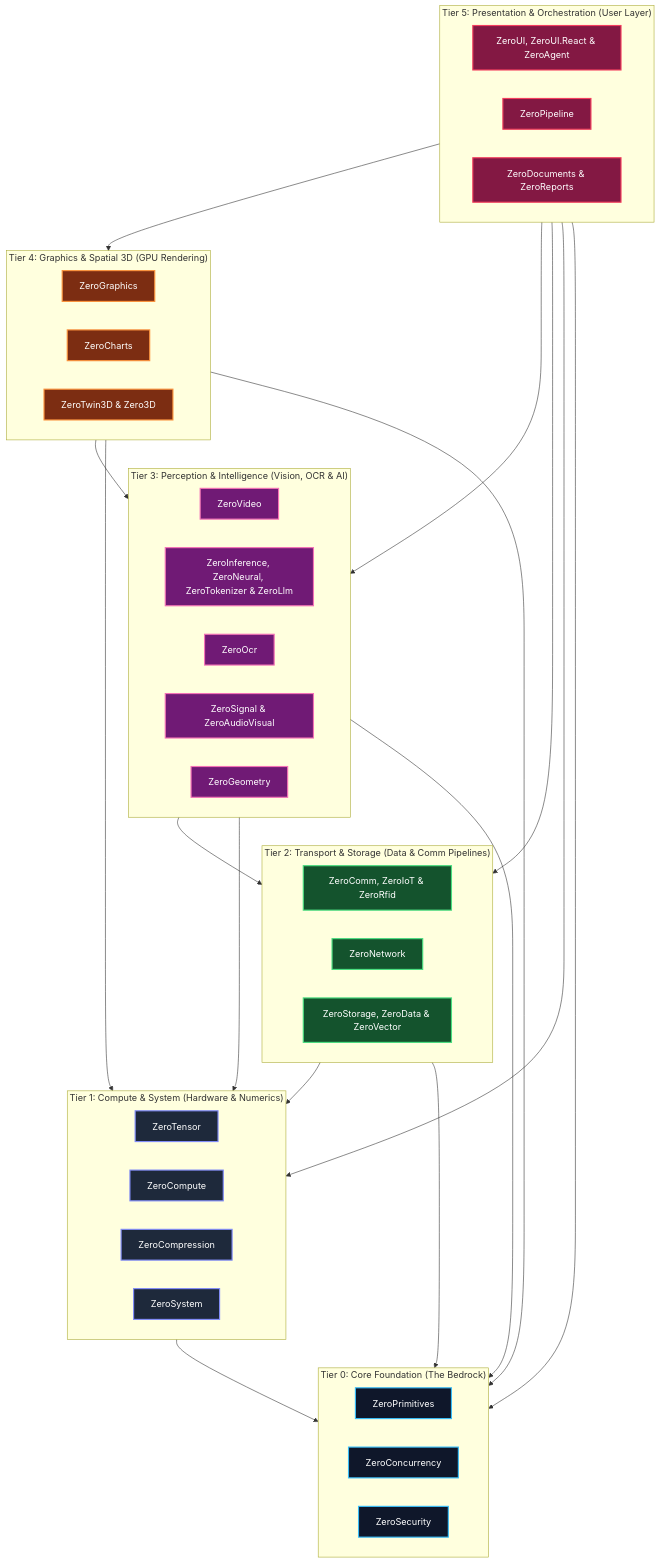
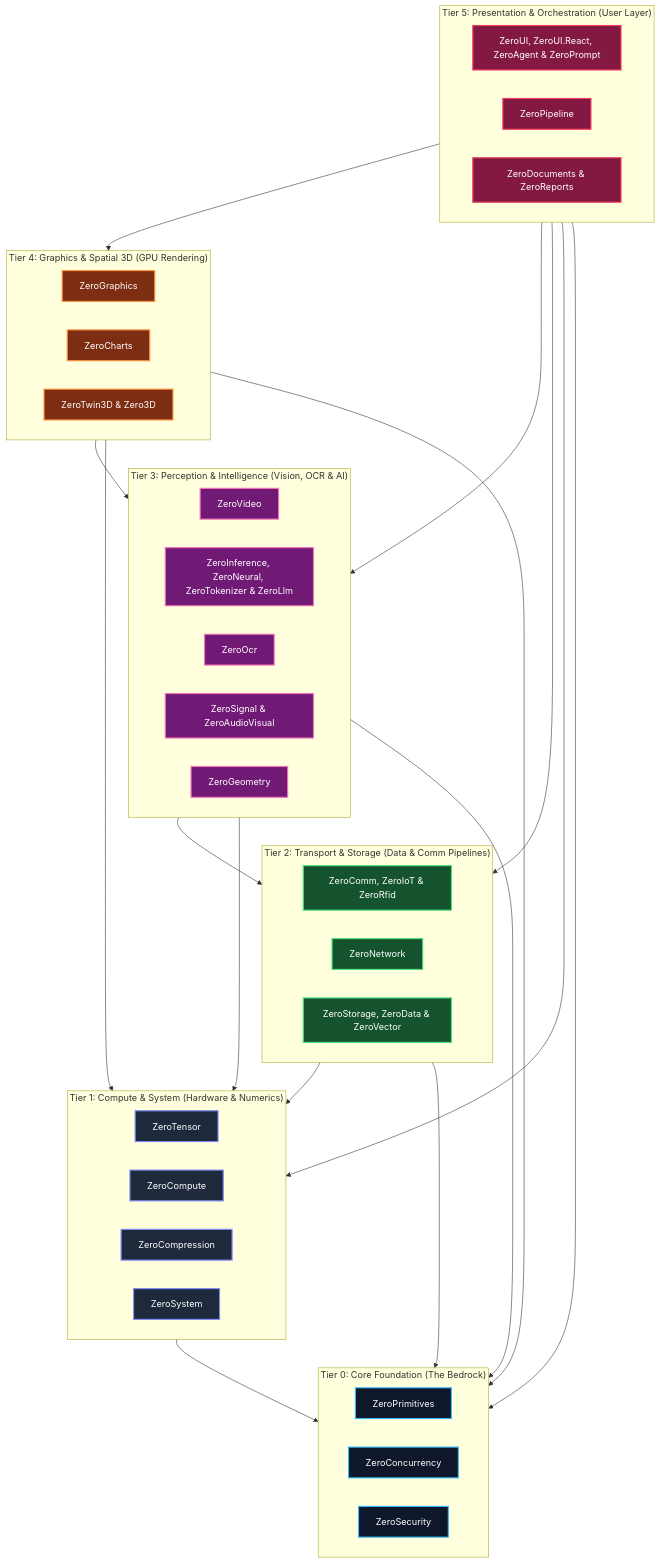
Before and after one commit to kzxl/ZeroPlatform: the diagram in README.md, drawn with Mermaid. The commit also changed other lines of this file and 5 other files, not shown here.

Commit message:
feat(orchestrator): integrate ZeroPrompt subsystem across solution, docs, and nuget config

````diff
--- a/README.md
+++ b/README.md
@@ -17,54 +17,54 @@
 ```mermaid
 graph TD
     classDef l0 fill:#0f172a,stroke:#38bdf8,stroke-width:2px,color:#fff;
     classDef l1 fill:#1e293b,stroke:#818cf8,stroke-width:2px,color:#fff;
     classDef l2 fill:#14532d,stroke:#4ade80,stroke-width:2px,color:#fff;
     classDef l3 fill:#701a75,stroke:#f472b6,stroke-width:2px,color:#fff;
     classDef l4 fill:#7c2d12,stroke:#fb923c,stroke-width:2px,color:#fff;
     classDef l5 fill:#831843,stroke:#f43f5e,stroke-width:2px,color:#fff;
 
     subgraph L5 ["Tier 5: Presentation & Orchestration (User Layer)"]
-        UI["ZeroUI, ZeroUI.React & ZeroAgent"]:::l5
+        UI["ZeroUI, ZeroUI.React, ZeroAgent & ZeroPrompt"]:::l5
         Pipe["ZeroPipeline"]:::l5
         Docs["ZeroDocuments & ZeroReports"]:::l5
     end
 
     subgraph L4 ["Tier 4: Graphics & Spatial 3D (GPU Rendering)"]
         Gfx["ZeroGraphics"]:::l4
         Charts["ZeroCharts"]:::l4
         Twin["ZeroTwin3D & Zero3D"]:::l4
     end
 
     subgraph L3 ["Tier 3: Perception & Intelligence (Vision, OCR & AI)"]
         Video["ZeroVideo"]:::l3
         Infer["ZeroInference, ZeroNeural, ZeroTokenizer & ZeroLlm"]:::l3
         Ocr["ZeroOcr"]:::l3
         Sig["ZeroSignal & ZeroAudioVisual"]:::l3
         Geom["ZeroGeometry"]:::l3
     end
 
     subgraph L2 ["Tier 2: Transport & Storage (Data & Comm Pipelines)"]
         Comm["ZeroComm, ZeroIoT & ZeroRfid"]:::l2
         Net["ZeroNetwork"]:::l2
         Store["ZeroStorage, ZeroData & ZeroVector"]:::l2
     end
 
     subgraph L1 ["Tier 1: Compute & System (Hardware & Numerics)"]
         Tensor["ZeroTensor"]:::l1
         Comp["ZeroCompute"]:::l1
         Compres["ZeroCompression"]:::l1
         Sys["ZeroSystem"]:::l1
     end
 
     subgraph L0 ["Tier 0: Core Foundation (The Bedrock)"]
         Prim["ZeroPrimitives"]:::l0
         Conc["ZeroConcurrency"]:::l0
         Sec["ZeroSecurity"]:::l0
     end
 
     L5 --> L4 & L3 & L2 & L1 & L0
     L4 --> L3 & L1 & L0
     L3 --> L2 & L1 & L0
     L2 --> L1 & L0
     L1 --> L0
 ```
````
